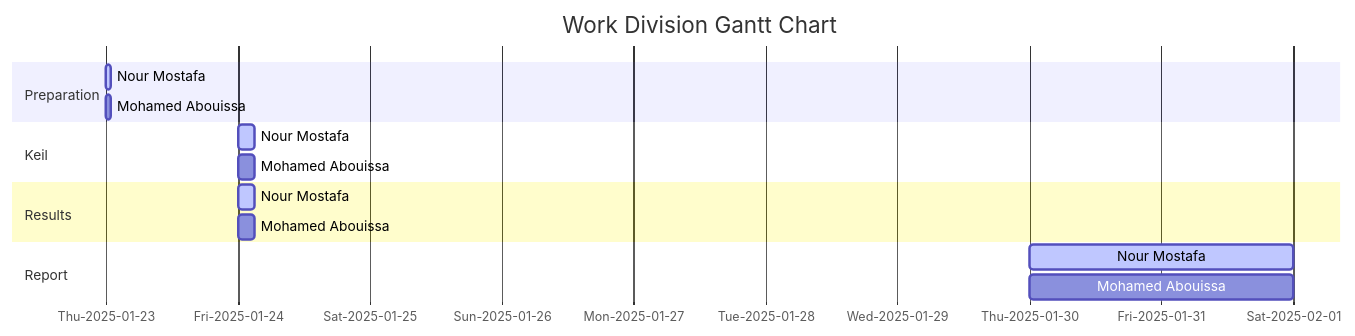
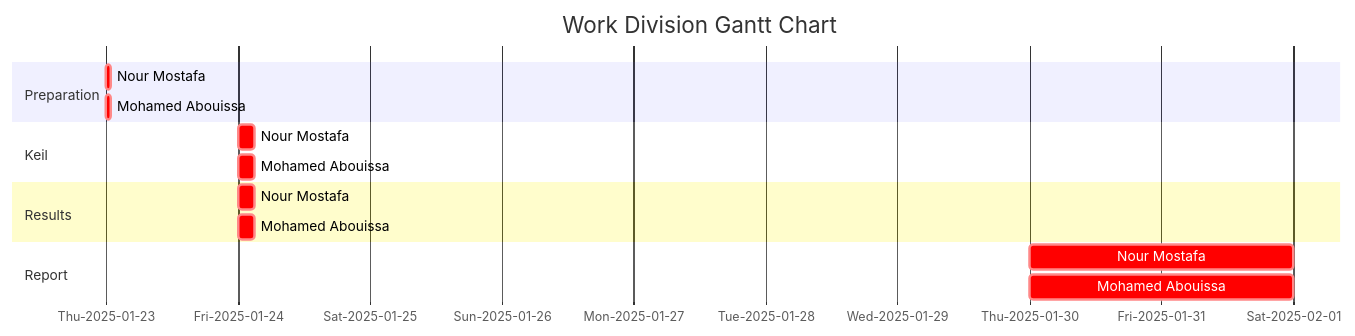
One commit to MONO-1223/AURAK-CENG432-EmbeddedSystemDesignLab changed the diagram in Lab 01 - Digital Logic Implemented on a Microcontroller/README.md. Above: the diagram before and after it, drawn with Mermaid. The commit also changed other lines of this file, not shown here.

````diff
--- a/Lab 01 - Digital Logic Implemented on a Microcontroller/README.md
+++ b/Lab 01 - Digital Logic Implemented on a Microcontroller/README.md
@@ -237,19 +227,19 @@
 ```mermaid
 gantt
     title Work Division Gantt Chart
     tickInterval 1day
     todayMarker off
     axisFormat %a-%Y-%m-%d
     section Preparation         
-        Nour Mostafa : active, 2025-01-23 00:00, 01h
-        Mohamed Abouissa : 2025-01-23 00:00, 01h
+        Nour Mostafa : crit, 2025-01-23 00:00, 01h
+        Mohamed Abouissa : crit, 2025-01-23 00:00, 01h
     section Keil         
-        Nour Mostafa : active, 2025-01-24 00:00, 3h
-        Mohamed Abouissa : 2025-01-24 00:00, 3h
+        Nour Mostafa : crit, 2025-01-24 00:00, 3h
+        Mohamed Abouissa : crit,2025-01-24 00:00, 3h
     section Results       
-        Nour Mostafa : active,2025-01-24 00:00, 3h
-        Mohamed Abouissa : 2025-01-24 00:00, 3h
+        Nour Mostafa : crit, 2025-01-24 00:00, 3h
+        Mohamed Abouissa : crit, 2025-01-24 00:00, 3h
     section Report
-        Nour Mostafa : active,2025-01-30 00:00, 2d
-        Mohamed Abouissa : 2025-01-30 00:00, 2d
+        Nour Mostafa : crit, 2025-01-30 00:00, 2d
+        Mohamed Abouissa : crit, 2025-01-30 00:00, 2d
 ```
````
